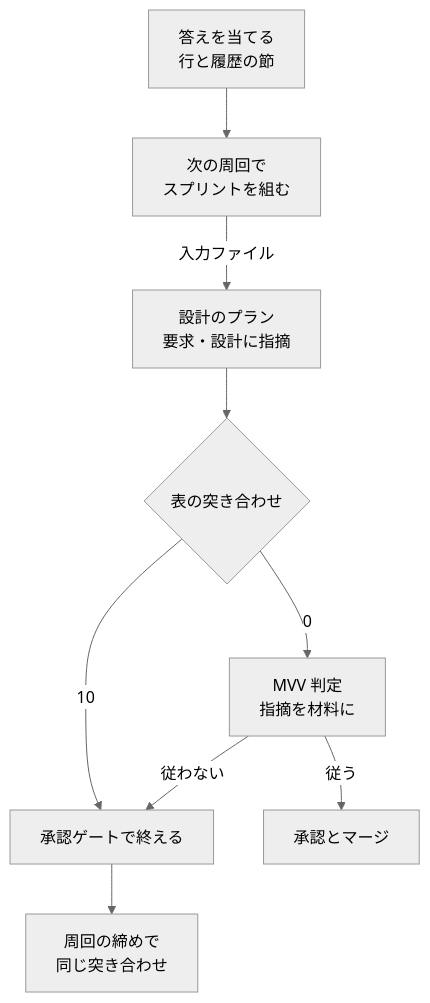
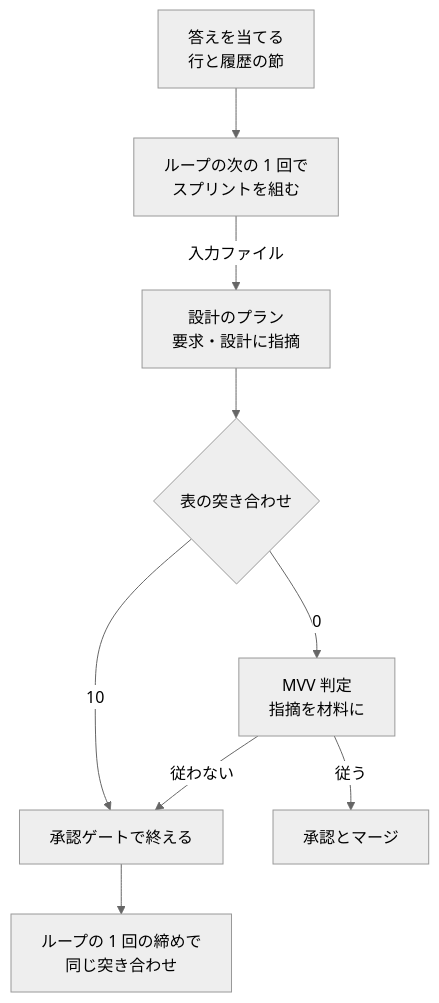
Before and after one commit to devbasex/ai-plugins: the first of 4 diagrams in docs/specifications/ndf-loop-human-answer-delivery.md, drawn with Mermaid (neutral theme). The commit also changed other lines of this file and 110 other files, not shown here.

````diff
--- a/docs/specifications/ndf-loop-human-answer-delivery.md
+++ b/docs/specifications/ndf-loop-human-answer-delivery.md
@@ -123,11 +123,11 @@
 ```mermaid
 graph TD
-    A[答えを当てる<br/>行と履歴の節] --> B[次の周回で<br/>スプリントを組む]
+    A[答えを当てる<br/>行と履歴の節] --> B[ループの次の 1 回で<br/>スプリントを組む]
     B -->|入力ファイル| P[設計のプラン<br/>要求・設計に指摘]
     P --> K{表の突き合わせ}
     K -->|0| M[MVV 判定<br/>指摘を材料に]
     K -->|10| E[承認ゲートで終える]
     M -->|従う| Y[承認とマージ]
     M -->|従わない| E
-    E --> C[周回の締めで<br/>同じ突き合わせ]
+    E --> C[ループの 1 回の締めで<br/>同じ突き合わせ]
 ```
````
